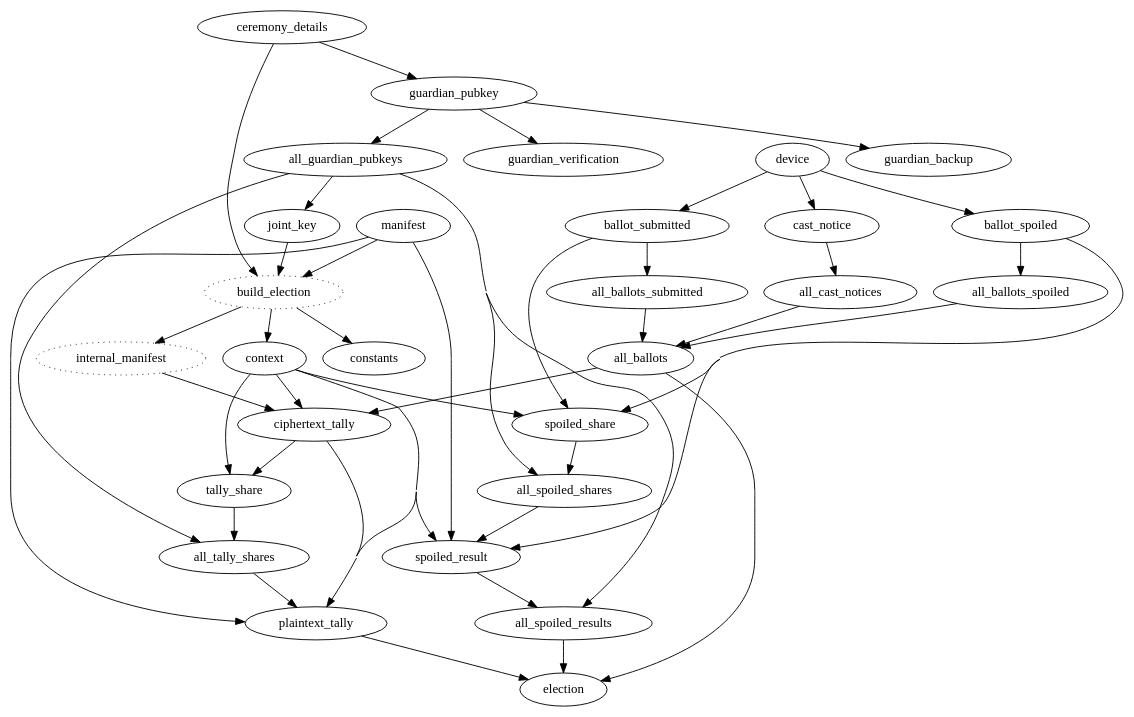
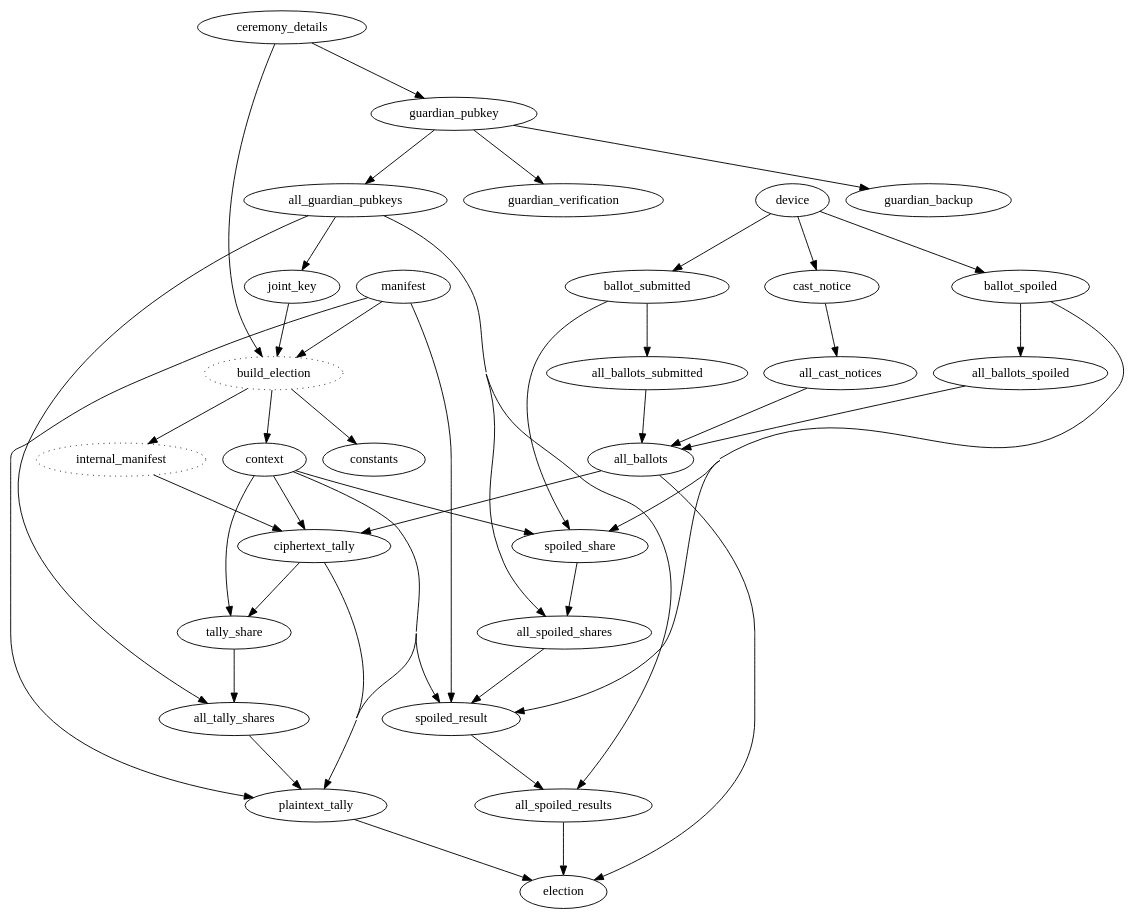
The diagram in milestone1/verifier/verifier_deps.dot (jefdaj/electionguard-cardano), drawn with Graphviz before and after one commit. The commit also changed 1 other file, not shown here.

```diff
--- a/milestone1/verifier/verifier_deps.dot
+++ b/milestone1/verifier/verifier_deps.dot
@@ -1,61 +1,62 @@
 digraph verifier_deps {
   concentrate=true
+  ranksep=0.8
 
   # nodes from PUBLIC_RECORDS keys
   manifest
   ceremony_details
   guardian_pubkey
   guardian_backup # TODO remove? not sure whether these are considered public
   guardian_verification
   joint_key
   constants
   context
   device
   ballot_submitted
   cast_notice
   ballot_spoiled
   ciphertext_tally
   tally_share
   spoiled_share
   plaintext_tally
   spoiled_result
   # summary # TODO remove once moved to verify step
   election
 
   # "all" versions of things that are actually sets
   guardian_pubkey -> all_guardian_pubkeys
   ballot_submitted -> all_ballots_submitted
   ballot_spoiled -> all_ballots_spoiled
   cast_notice -> all_cast_notices
   {all_ballots_submitted,all_ballots_spoiled,all_cast_notices} -> all_ballots # TODO all_ballots_spoiled not needed here?
   {all_guardian_pubkeys, spoiled_share} -> all_spoiled_shares
   {all_guardian_pubkeys, spoiled_result} -> all_spoiled_results
   {all_guardian_pubkeys, tally_share} -> all_tally_shares
 
   # misc other nodes added manually
   build_election [style=dotted]    # not really a dep, but makes it cleaner # TODO remove?
   internal_manifest [style=dotted] # not serializable; have to build_election each time
   # TODO verify? (the new 4_verify outputs. not sure if useful bc will depend on all other nodes)
 
   # dependenencies from guardian.py
   ceremony_details -> guardian_pubkey -> guardian_backup
   guardian_pubkey -> guardian_verification # TODO remove? it really depends on the *cardano* wallet key right?
   all_guardian_pubkeys -> joint_key
   {ciphertext_tally,context} -> tally_share
   {context,ballot_submitted,ballot_spoiled} -> spoiled_share
   
 
   # dependencies from device.py
   device -> {ballot_submitted,ballot_spoiled,cast_notice}
 
   # dependenencies from admin.py
   {manifest,ceremony_details,joint_key} -> build_election -> {constants,internal_manifest,context}
   {internal_manifest,context,all_ballots} -> ciphertext_tally
   {manifest,context,all_tally_shares,ciphertext_tally} -> plaintext_tally
   {manifest,context,all_spoiled_shares,ballot_spoiled} -> spoiled_result
 
   # overall election cerfification/verification
   # TODO is this how people will see it? or will they only require the plaintext_tally?
   # (either way, this is the way to get the code working first)
   {all_ballots,all_spoiled_results,plaintext_tally} -> election
 }
```
